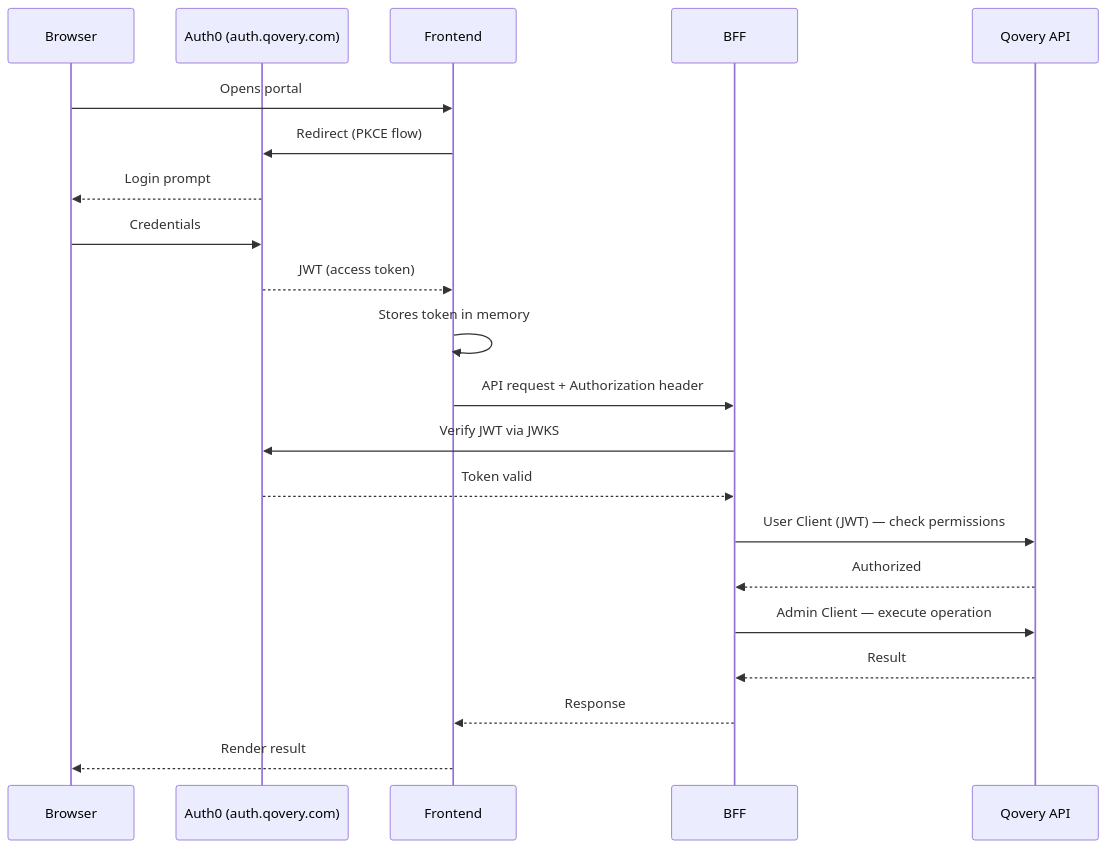
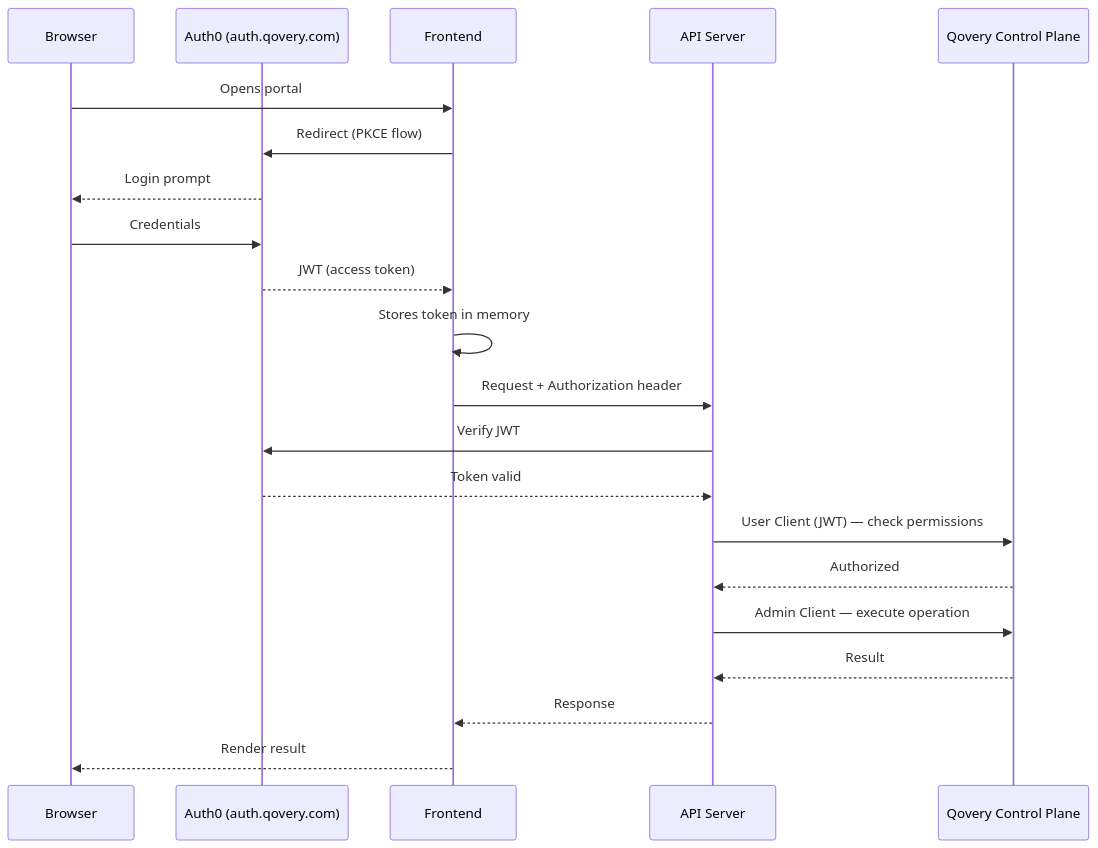
The third of 4 diagrams in docs/rde/reference/architecture.mdx (Qovery/documentation), drawn with Mermaid before and after one commit. The commit also changed other lines of this file and 3 other files, not shown here.

````diff
--- a/docs/rde/reference/architecture.mdx
+++ b/docs/rde/reference/architecture.mdx
@@ -108,24 +133,24 @@
 ```mermaid
 sequenceDiagram
     participant User as Browser
     participant Auth0 as Auth0 (auth.qovery.com)
     participant FE as Frontend
-    participant BFF as BFF
-    participant API as Qovery API
+    participant API as API Server
+    participant CP as Qovery Control Plane
 
     User->>FE: Opens portal
     FE->>Auth0: Redirect (PKCE flow)
     Auth0-->>User: Login prompt
     User->>Auth0: Credentials
     Auth0-->>FE: JWT (access token)
     FE->>FE: Stores token in memory
-    FE->>BFF: API request + Authorization header
-    BFF->>Auth0: Verify JWT via JWKS
-    Auth0-->>BFF: Token valid
-    BFF->>API: User Client (JWT) — check permissions
-    API-->>BFF: Authorized
-    BFF->>API: Admin Client — execute operation
-    API-->>BFF: Result
-    BFF-->>FE: Response
+    FE->>API: Request + Authorization header
+    API->>Auth0: Verify JWT
+    Auth0-->>API: Token valid
+    API->>CP: User Client (JWT) — check permissions
+    CP-->>API: Authorized
+    API->>CP: Admin Client — execute operation
+    CP-->>API: Result
+    API-->>FE: Response
     FE-->>User: Render result
 ```
````
